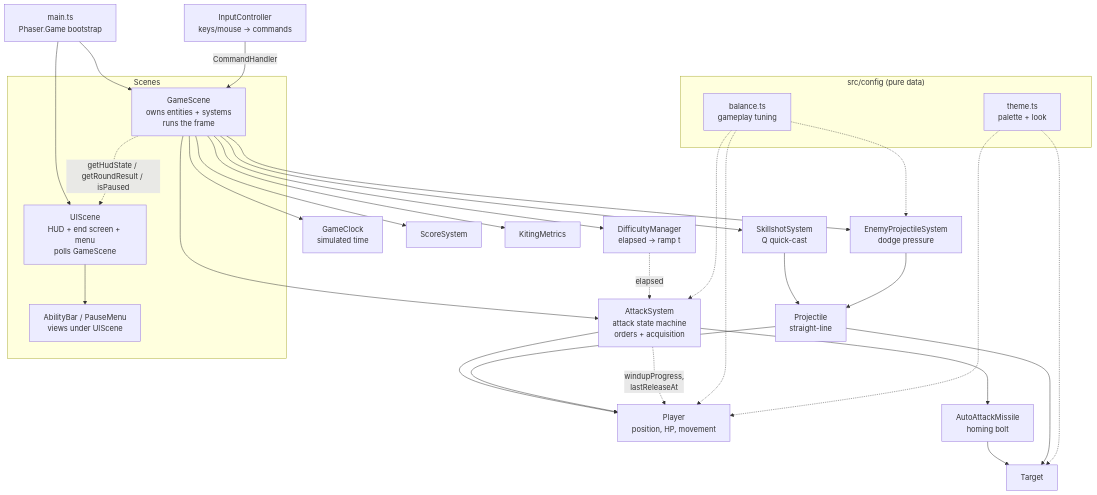
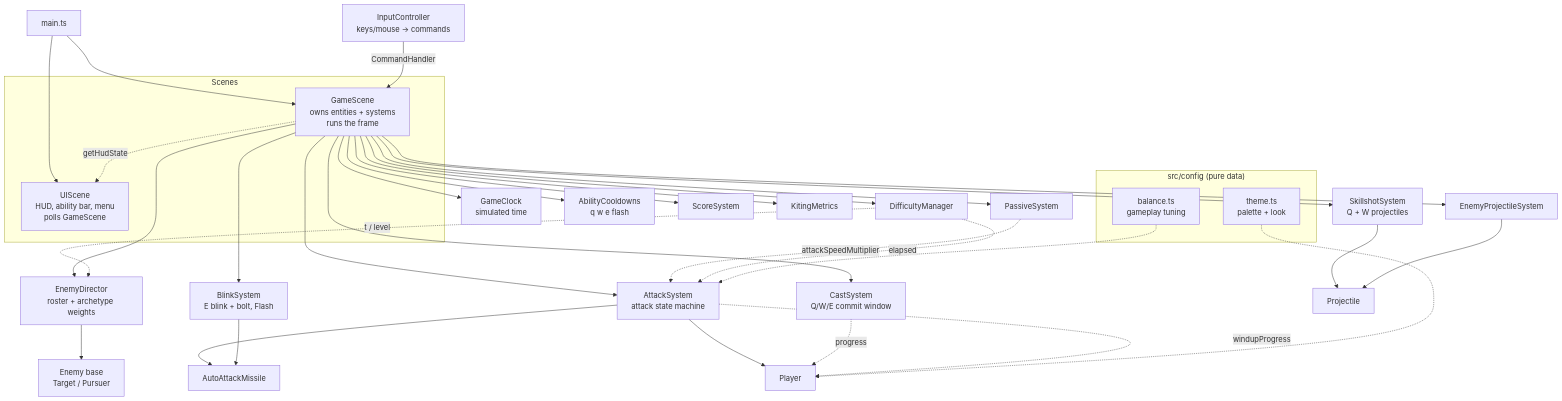
Before and after one commit to jcj1337/league-warmup: the diagram in TECHNICAL_REPORT.md, drawn with Mermaid. The commit also changed other lines of this file and 25 other files, not shown here.

````diff
--- a/TECHNICAL_REPORT.md
+++ b/TECHNICAL_REPORT.md
@@ -70,44 +34,47 @@
 ```mermaid
 flowchart TD
     subgraph Config["src/config (pure data)"]
         BAL[balance.ts<br/>gameplay tuning]
         THM[theme.ts<br/>palette + look]
     end
 
-    MAIN[main.ts<br/>Phaser.Game bootstrap] --> GS
+    MAIN[main.ts] --> GS
     MAIN --> UIS
+
+    IC[InputController<br/>keys/mouse → commands] -->|CommandHandler| GS
 
     subgraph Scenes
         GS[GameScene<br/>owns entities + systems<br/>runs the frame]
-        UIS[UIScene<br/>HUD + end screen + menu<br/>polls GameScene]
-        AB[AbilityBar / PauseMenu<br/>views under UIScene]
+        UIS[UIScene<br/>HUD, ability bar, menu<br/>polls GameScene]
     end
 
-    IC[InputController<br/>keys/mouse → commands] -->|CommandHandler| GS
     GS --> CLK[GameClock<br/>simulated time]
-    GS --> AS[AttackSystem<br/>attack state machine<br/>orders + acquisition]
-    GS --> SS[SkillshotSystem<br/>Q quick-cast]
-    GS --> EPS[EnemyProjectileSystem<br/>dodge pressure]
-    GS --> DM[DifficultyManager<br/>elapsed → ramp t]
+    GS --> CAST[CastSystem<br/>Q/W/E commit window]
+    GS --> CD[AbilityCooldowns<br/>q w e flash]
+    GS --> AS[AttackSystem<br/>attack state machine]
+    GS --> SS[SkillshotSystem<br/>Q + W projectiles]
+    GS --> BS[BlinkSystem<br/>E blink + bolt, Flash]
+    GS --> PS[PassiveSystem]
+    GS --> ED[EnemyDirector<br/>roster + archetype weights]
+    GS --> EPS[EnemyProjectileSystem]
+    GS --> DM[DifficultyManager]
     GS --> SC[ScoreSystem]
     GS --> KM[KitingMetrics]
 
-    AS --> PL[Player<br/>position, HP, movement]
-    AS --> AAM[AutoAttackMissile<br/>homing bolt]
-    SS --> PRJ[Projectile<br/>straight-line]
+    ED --> EN[Enemy base<br/>Target / Pursuer]
+    AS --> PL[Player]
+    AS --> AAM[AutoAttackMissile]
+    BS --> AAM
+    SS --> PRJ[Projectile]
     EPS --> PRJ
-    AAM --> TG[Target]
-    PRJ --> TG
-    PRJ --> PL
 
-    AS -.->|windupProgress,<br/>lastReleaseAt| PL
+    CAST -.->|progress| PL
+    AS -.->|windupProgress| PL
+    PS -.->|attackSpeedMultiplier| AS
     DM -.->|elapsed| AS
-    GS -.->|getHudState / getRoundResult / isPaused| UIS
-    UIS --> AB
+    DM -.->|t / level| ED
+    GS -.->|getHudState| UIS
 
     BAL -.-> AS
-    BAL -.-> PL
-    BAL -.-> EPS
     THM -.-> PL
-    THM -.-> TG
 ```
````
